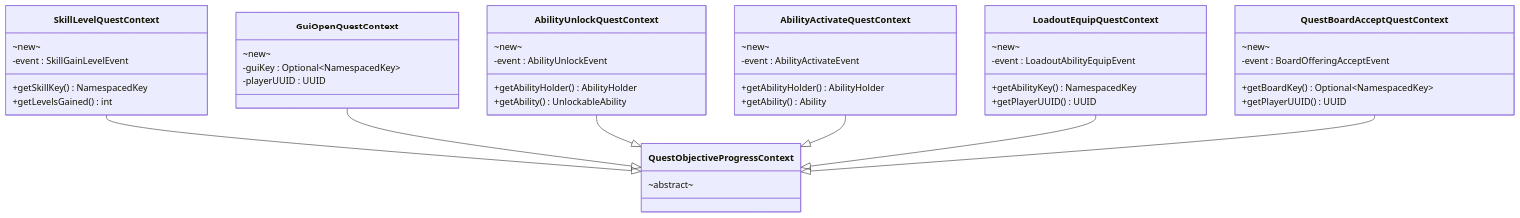
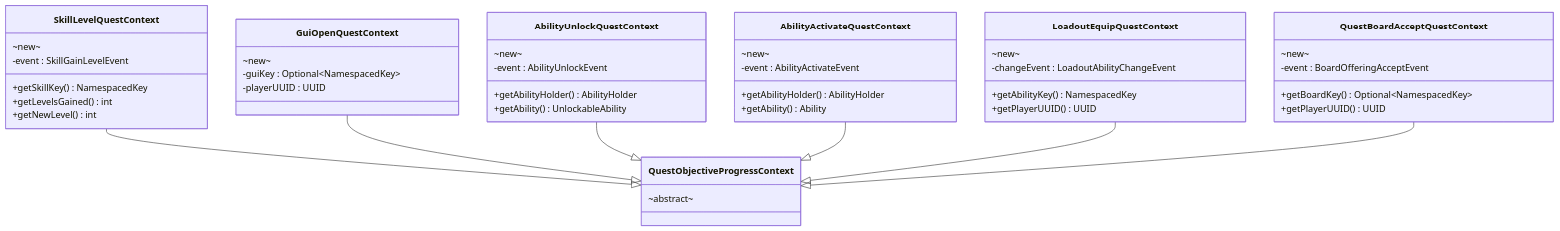
The second of 9 diagrams in docs/lld/tutorial-quest-system/phase-1-quest-engine-extensions.md (DiamondDagger590/McRPG), drawn with Mermaid before and after one commit. The commit also changed other lines of this file and 130 other files, not shown here.

````diff
--- a/docs/lld/tutorial-quest-system/phase-1-quest-engine-extensions.md
+++ b/docs/lld/tutorial-quest-system/phase-1-quest-engine-extensions.md
@@ -113,56 +110,57 @@
 ```mermaid
 classDiagram
     direction TB
 
     class QuestObjectiveProgressContext {
         ~abstract~
     }
 
     class SkillLevelQuestContext {
         ~new~
         -event : SkillGainLevelEvent
         +getSkillKey() NamespacedKey
         +getLevelsGained() int
+        +getNewLevel() int
     }
 
     class GuiOpenQuestContext {
         ~new~
         -guiKey : Optional~NamespacedKey~
         -playerUUID : UUID
     }
 
     class AbilityUnlockQuestContext {
         ~new~
         -event : AbilityUnlockEvent
         +getAbilityHolder() AbilityHolder
         +getAbility() UnlockableAbility
     }
 
     class AbilityActivateQuestContext {
         ~new~
         -event : AbilityActivateEvent
         +getAbilityHolder() AbilityHolder
         +getAbility() Ability
     }
 
     class LoadoutEquipQuestContext {
         ~new~
-        -event : LoadoutAbilityEquipEvent
+        -changeEvent : LoadoutAbilityChangeEvent
         +getAbilityKey() NamespacedKey
         +getPlayerUUID() UUID
     }
 
     class QuestBoardAcceptQuestContext {
         ~new~
         -event : BoardOfferingAcceptEvent
         +getBoardKey() Optional~NamespacedKey~
         +getPlayerUUID() UUID
     }
 
     SkillLevelQuestContext --|> QuestObjectiveProgressContext
     GuiOpenQuestContext --|> QuestObjectiveProgressContext
     AbilityUnlockQuestContext --|> QuestObjectiveProgressContext
     AbilityActivateQuestContext --|> QuestObjectiveProgressContext
     LoadoutEquipQuestContext --|> QuestObjectiveProgressContext
     QuestBoardAcceptQuestContext --|> QuestObjectiveProgressContext
 ```
````
